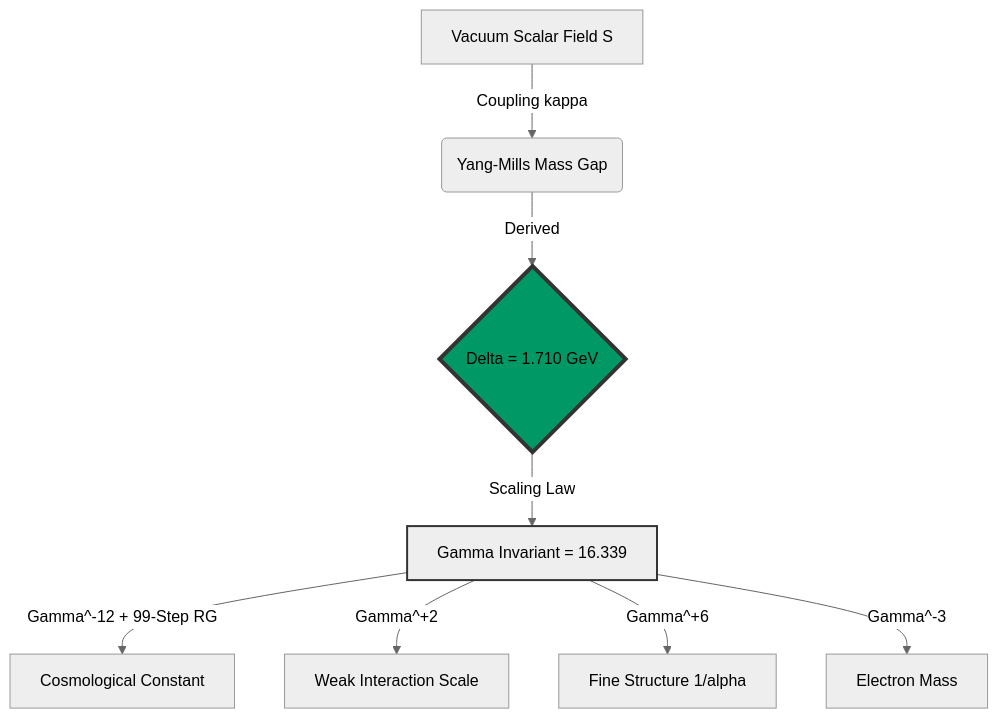
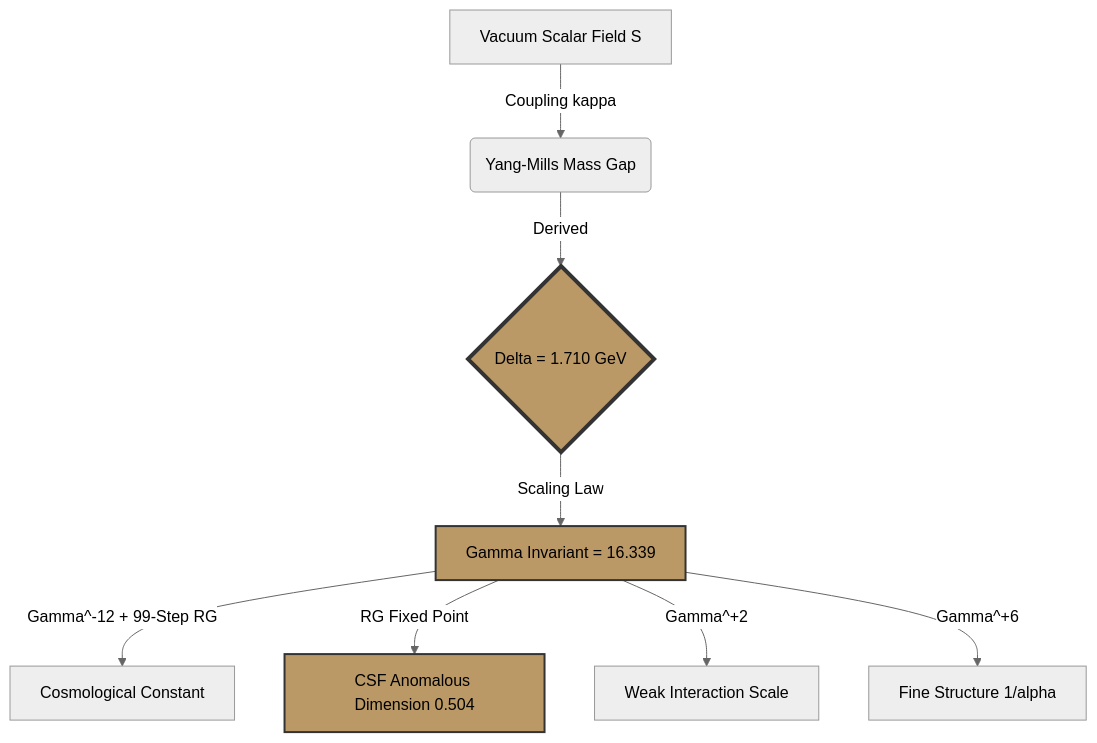
Before and after one commit to badbugsarts-hue/UIDT-Framework-V3.2-Canonical: the diagram in README.md, drawn with Mermaid (neutral theme). The commit also changed other lines of this file, not shown here.

`````diff
--- a/README.md
+++ b/README.md
@@ -52,14 +66,15 @@
 ```mermaid
 graph TD
     A[Vacuum Scalar Field S] -->|Coupling kappa| B(Yang-Mills Mass Gap);
     B -->|Derived| C{Delta = 1.710 GeV};
     C -->|Scaling Law| D[Gamma Invariant = 16.339];
     
     D -->|Gamma^-12 + 99-Step RG| E[Cosmological Constant];
-    D -->|Gamma^+2| F[Weak Interaction Scale];
-    D -->|Gamma^+6| G[Fine Structure 1/alpha];
-    D -->|Gamma^-3| H[Electron Mass];
+    D -->|RG Fixed Point| F[CSF Anomalous Dimension 0.504];
+    D -->|Gamma^+2| G[Weak Interaction Scale];
+    D -->|Gamma^+6| H[Fine Structure 1/alpha];
     
-    style C fill:#096,stroke:#333,stroke-width:4px
-    style D fill:#50g,stroke:#333,stroke-width:2px
+    style C fill:#b96,stroke:#333,stroke-width:4px
+    style D fill:#b96,stroke:#333,stroke-width:2px
+    style F fill:#b96,stroke:#333,stroke-width:2px
 ````
`````
